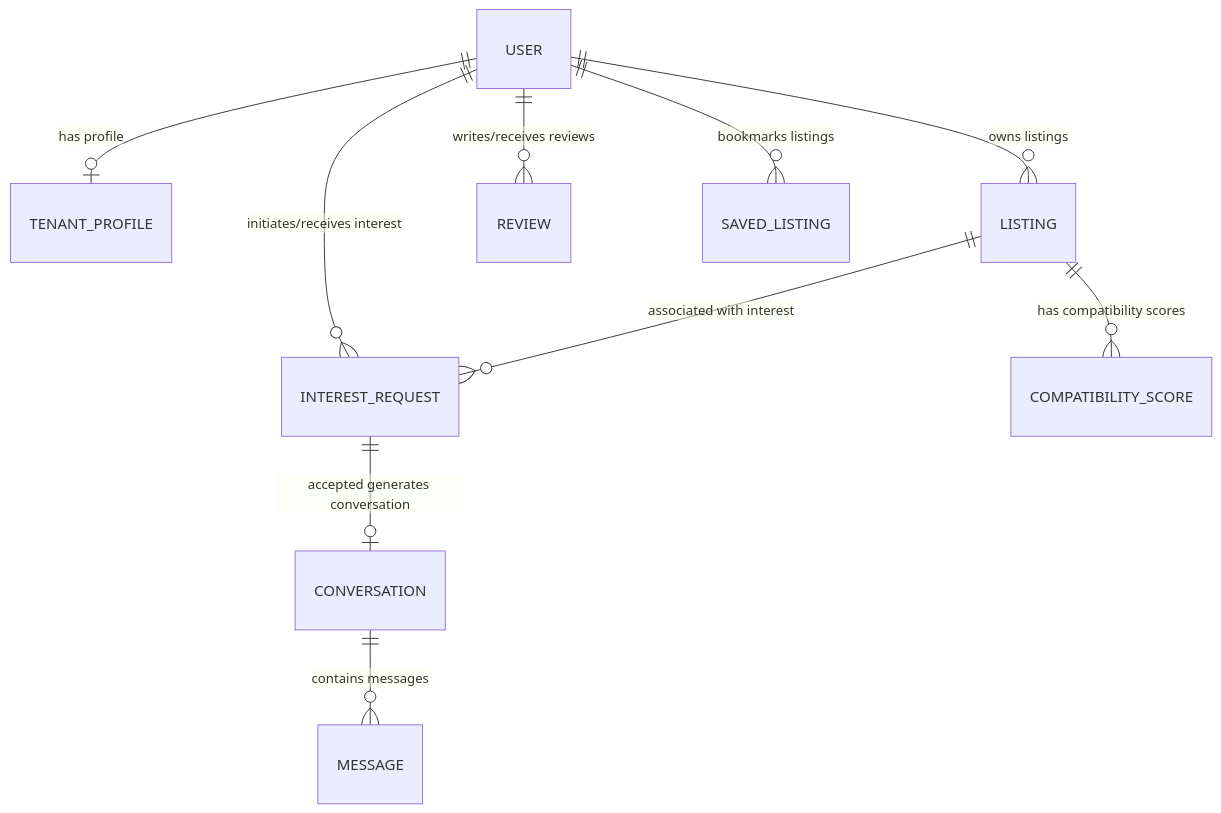
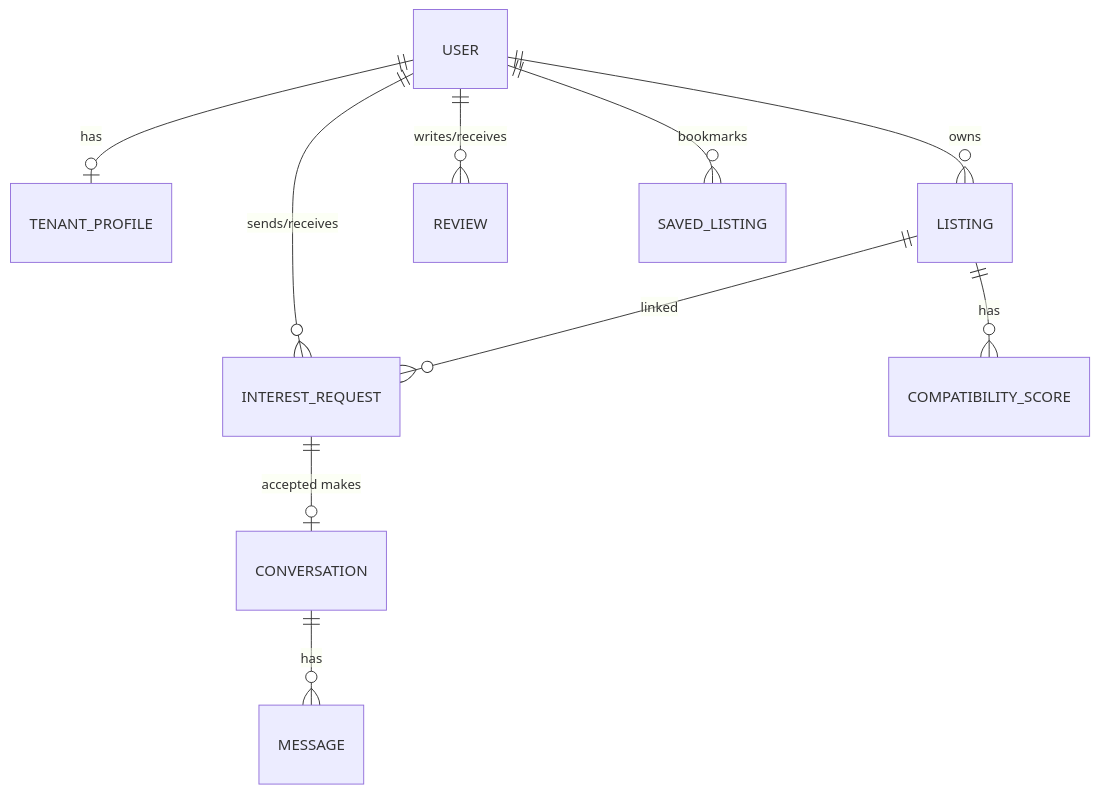
Before and after one commit to rugvedi20/Rent-Flatmate: the first of 2 diagrams in SYSTEM_DESIGN.md, drawn with Mermaid. The commit also changed other lines of this file and 4 other files, not shown here.

````diff
--- a/SYSTEM_DESIGN.md
+++ b/SYSTEM_DESIGN.md
@@ -84,12 +54,12 @@
 ```mermaid
 erDiagram
-    USER ||--o| TENANT_PROFILE : "has profile"
-    USER ||--o{ LISTING : "owns listings"
-    USER ||--o{ REVIEW : "writes/receives reviews"
-    USER ||--o{ SAVED_LISTING : "bookmarks listings"
-    USER ||--o{ INTEREST_REQUEST : "initiates/receives interest"
-    LISTING ||--o{ COMPATIBILITY_SCORE : "has compatibility scores"
-    LISTING ||--o{ INTEREST_REQUEST : "associated with interest"
-    INTEREST_REQUEST ||--o| CONVERSATION : "accepted generates conversation"
-    CONVERSATION ||--o{ MESSAGE : "contains messages"
+    USER ||--o| TENANT_PROFILE : "has"
+    USER ||--o{ LISTING : "owns"
+    USER ||--o{ REVIEW : "writes/receives"
+    USER ||--o{ SAVED_LISTING : "bookmarks"
+    USER ||--o{ INTEREST_REQUEST : "sends/receives"
+    LISTING ||--o{ COMPATIBILITY_SCORE : "has"
+    LISTING ||--o{ INTEREST_REQUEST : "linked"
+    INTEREST_REQUEST ||--o| CONVERSATION : "accepted makes"
+    CONVERSATION ||--o{ MESSAGE : "has"
 ```
````
